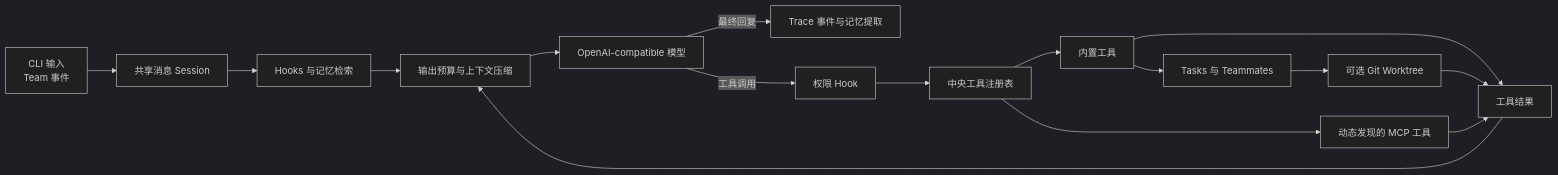
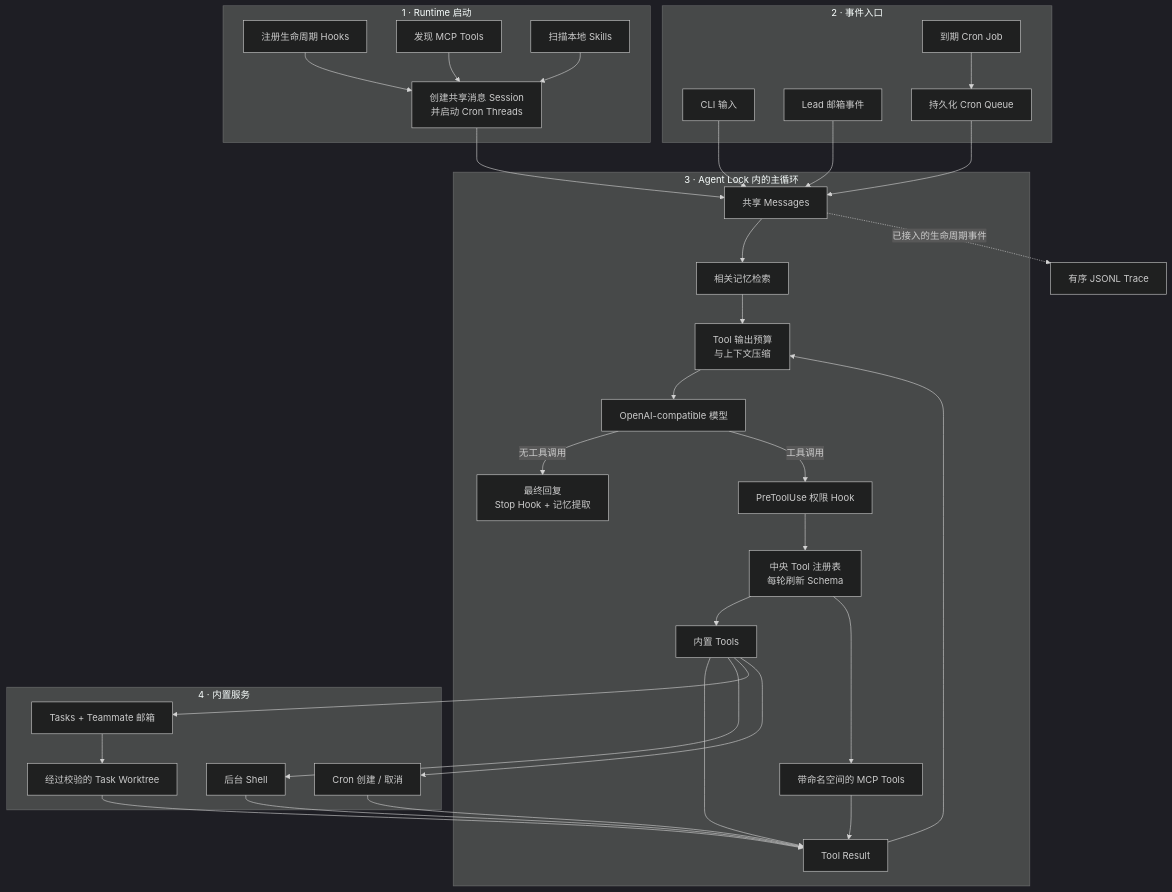
The diagram in README.zh-CN.md (OpenLucasKaka/bareloop), drawn with Mermaid (dark theme) before and after one commit. The commit also changed other lines of this file and 1 other file, not shown here.

Commit message:
docs: sync README with current runtime

````diff
--- a/README.zh-CN.md
+++ b/README.zh-CN.md
@@ -57,21 +57,62 @@
 ```mermaid
-flowchart LR
-    A[CLI 输入<br/>Team 事件] --> B[共享消息 Session]
-    B --> C[Hooks 与记忆检索]
-    C --> D[输出预算与上下文压缩]
-    D --> E[OpenAI-compatible 模型]
+flowchart TB
+    subgraph BOOT["1 · Runtime 启动"]
+        A[注册生命周期 Hooks]
+        B[发现 MCP Tools]
+        C[扫描本地 Skills]
+        D[创建共享消息 Session<br/>并启动 Cron Threads]
+        A --> D
+        B --> D
+        C --> D
+    end
 
-    E -->|最终回复| F[Trace 事件与记忆提取]
-    E -->|工具调用| G[权限 Hook]
-    G --> H[中央工具注册表]
+    subgraph INPUT["2 · 事件入口"]
+        E[CLI 输入]
+        F[Lead 邮箱事件]
+        G[到期 Cron Job]
+        H[持久化 Cron Queue]
+        G --> H
+    end
 
-    H --> I[内置工具]
-    H --> J[动态发现的 MCP 工具]
-    I --> K[工具结果]
-    J --> K
-    K --> D
+    subgraph LOOP["3 · Agent Lock 内的主循环"]
+        I[共享 Messages]
+        J[相关记忆检索]
+        K[Tool 输出预算<br/>与上下文压缩]
+        L[OpenAI-compatible 模型]
+        M[最终回复<br/>Stop Hook + 记忆提取]
+        N[PreToolUse 权限 Hook]
+        O[中央 Tool 注册表<br/>每轮刷新 Schema]
+        P[内置 Tools]
+        Q[带命名空间的 MCP Tools]
+        R[Tool Result]
 
-    I --> L[Tasks 与 Teammates]
-    L --> M[可选 Git Worktree]
-    M --> K
+        I --> J --> K --> L
+        L -->|无工具调用| M
+        L -->|工具调用| N --> O
+        O --> P
+        O --> Q
+        P --> R
+        Q --> R
+        R --> K
+    end
+
+    subgraph SERVICES["4 · 内置服务"]
+        S[后台 Shell]
+        T[Tasks + Teammate 邮箱]
+        U[经过校验的 Task Worktree]
+        V[Cron 创建 / 取消]
+        T --> U
+    end
+
+    D --> I
+    E --> I
+    F --> I
+    H --> I
+    P --> S
+    P --> T
+    P --> V
+    S --> R
+    U --> R
+    V --> R
+    I -. 已接入的生命周期事件 .-> W[有序 JSONL Trace]
 ```
````
